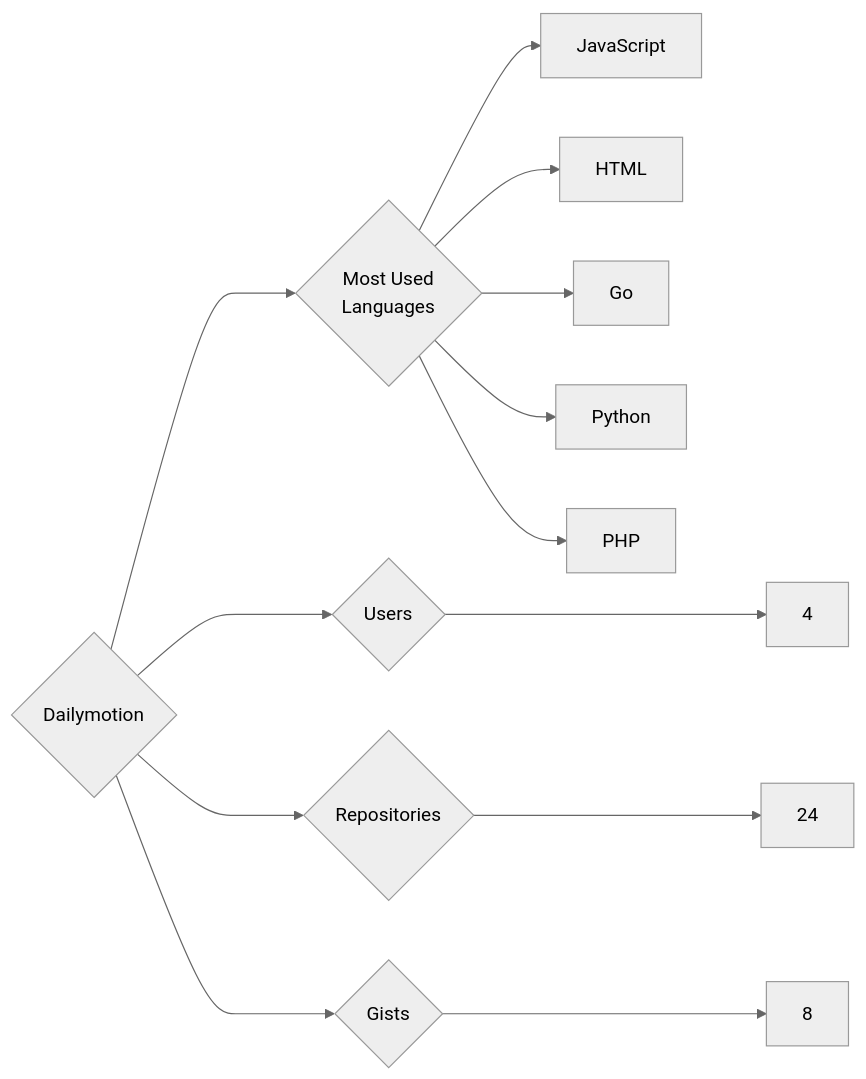
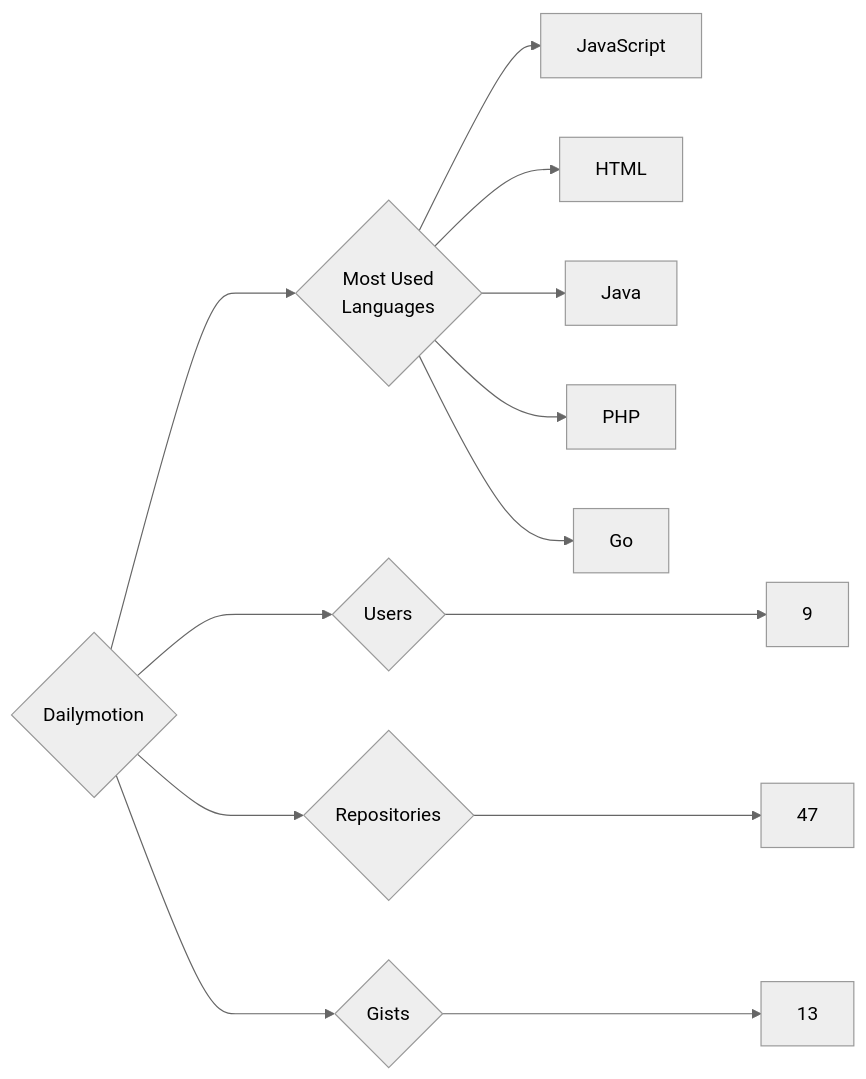
One commit to trickest/insiders changed the diagram in targets/Dailymotion/README.md. Above: the diagram before and after it, drawn with Mermaid (neutral theme). The commit also changed 1314 other files, not shown here.

````diff
--- a/targets/Dailymotion/README.md
+++ b/targets/Dailymotion/README.md
@@ -3,13 +3,13 @@
 ```mermaid
 graph LR
 COMPANY_NAME{Dailymotion}
-COMPANY_NAME ---> U{Users} ---> UN[4]
-COMPANY_NAME ---> R{Repositories} ---> RN[24]
-COMPANY_NAME ---> G{Gists} ---> GN[8]
+COMPANY_NAME ---> U{Users} ---> UN[9]
+COMPANY_NAME ---> R{Repositories} ---> RN[47]
+COMPANY_NAME ---> G{Gists} ---> GN[13]
 COMPANY_NAME ---> ML{Most Used<br>Languages}
 ML --> JavaScript[JavaScript]
 ML --> HTML[HTML]
+ML --> Java[Java]
+ML --> PHP[PHP]
 ML --> Go[Go]
-ML --> Python[Python]
-ML --> PHP[PHP]
 ```
````
